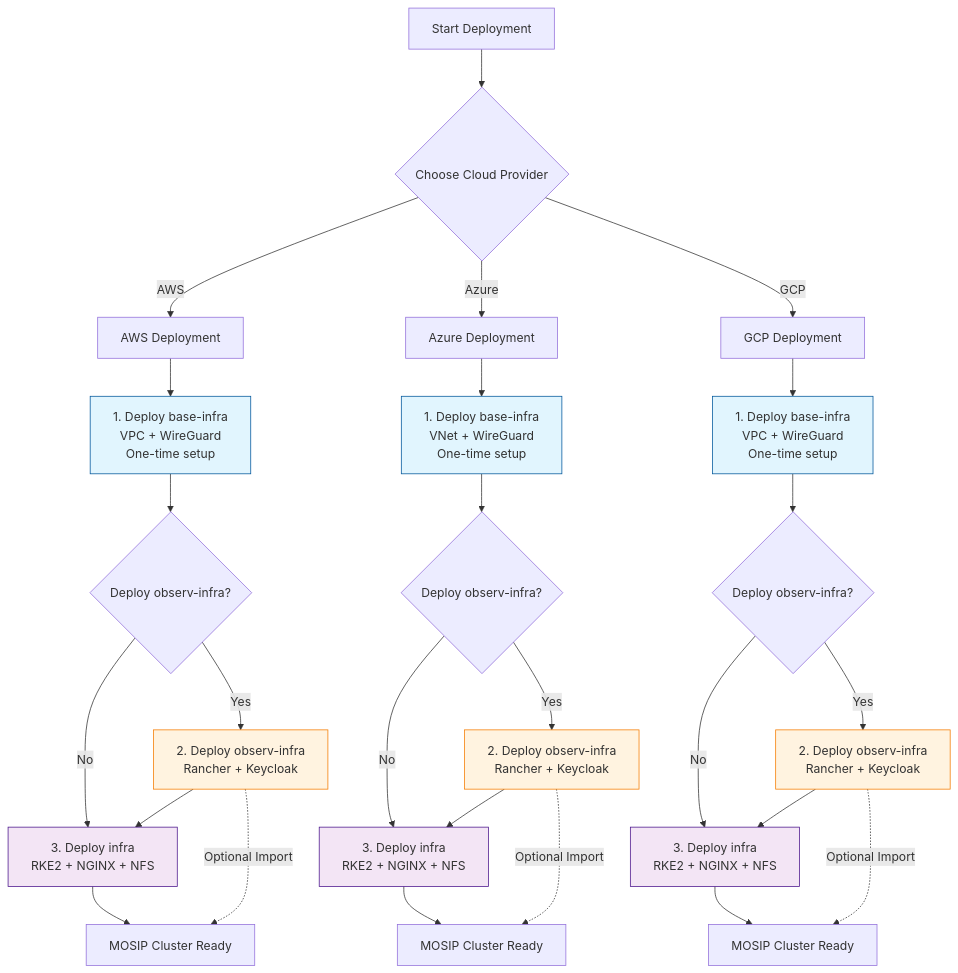
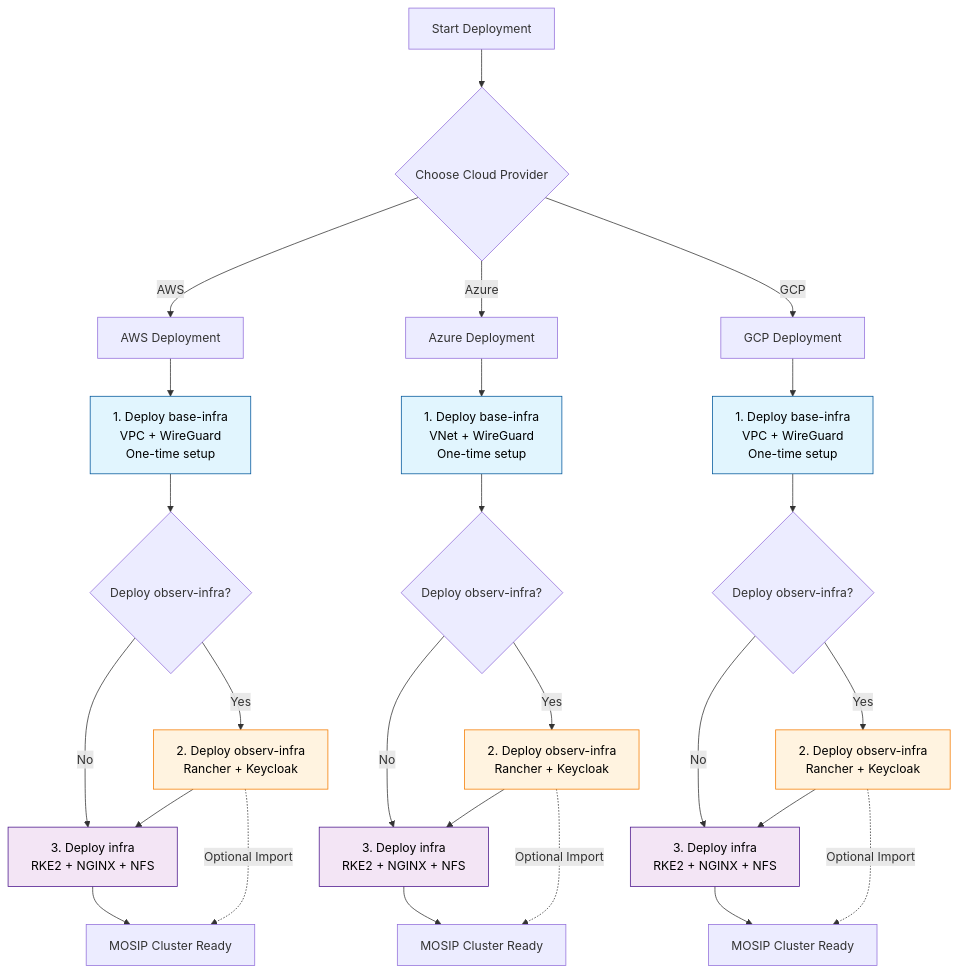
One commit to mosip/infra changed the second of 3 diagrams in docs/_images/ARCHITECTURE_DIAGRAMS.md. Above: the diagram before and after it, drawn with Mermaid. The commit also changed other lines of this file and 14 other files, not shown here.

````diff
--- a/docs/_images/ARCHITECTURE_DIAGRAMS.md
+++ b/docs/_images/ARCHITECTURE_DIAGRAMS.md
@@ -115,44 +115,44 @@
 ```mermaid
 graph TD
     A[Start Deployment] --> B{Choose Cloud Provider}
     B -->|AWS| C[AWS Deployment]
     B -->|Azure| D[Azure Deployment]  
     B -->|GCP| E[GCP Deployment]
     
     C --> F[1. Deploy base-infra<br/>VPC + WireGuard<br/>One-time setup]
     D --> G[1. Deploy base-infra<br/>VNet + WireGuard<br/>One-time setup]
     E --> H[1. Deploy base-infra<br/>VPC + WireGuard<br/>One-time setup]
     
     F --> I{Deploy observ-infra?}
     G --> J{Deploy observ-infra?}
     H --> K{Deploy observ-infra?}
     
     I -->|Yes| L[2. Deploy observ-infra<br/>Rancher + Keycloak]
     I -->|No| M[3. Deploy infra<br/>RKE2 + NGINX + NFS]
     J -->|Yes| N[2. Deploy observ-infra<br/>Rancher + Keycloak]
     J -->|No| O[3. Deploy infra<br/>RKE2 + NGINX + NFS]
     K -->|Yes| P[2. Deploy observ-infra<br/>Rancher + Keycloak]
     K -->|No| Q[3. Deploy infra<br/>RKE2 + NGINX + NFS]
     
     L --> M
     N --> O
     P --> Q
     
     M --> R[MOSIP Cluster Ready]
     O --> S[MOSIP Cluster Ready]
     Q --> T[MOSIP Cluster Ready]
     
     L -.->|Optional Import| R
     N -.->|Optional Import| S
     P -.->|Optional Import| T
     
-    style F fill:#e1f5fe,stroke:#01579b
-    style G fill:#e1f5fe,stroke:#01579b
-    style H fill:#e1f5fe,stroke:#01579b
-    style L fill:#fff3e0,stroke:#f57c00
-    style N fill:#fff3e0,stroke:#f57c00
-    style P fill:#fff3e0,stroke:#f57c00
-    style M fill:#f3e5f5,stroke:#4a148c
-    style O fill:#f3e5f5,stroke:#4a148c
-    style Q fill:#f3e5f5,stroke:#4a148c
+    style F fill:#e1f5fe,stroke:#01579b,color:#000000
+    style G fill:#e1f5fe,stroke:#01579b,color:#000000
+    style H fill:#e1f5fe,stroke:#01579b,color:#000000
+    style L fill:#fff3e0,stroke:#f57c00,color:#000000
+    style N fill:#fff3e0,stroke:#f57c00,color:#000000
+    style P fill:#fff3e0,stroke:#f57c00,color:#000000
+    style M fill:#f3e5f5,stroke:#4a148c,color:#000000
+    style O fill:#f3e5f5,stroke:#4a148c,color:#000000
+    style Q fill:#f3e5f5,stroke:#4a148c,color:#000000
 ```
````
